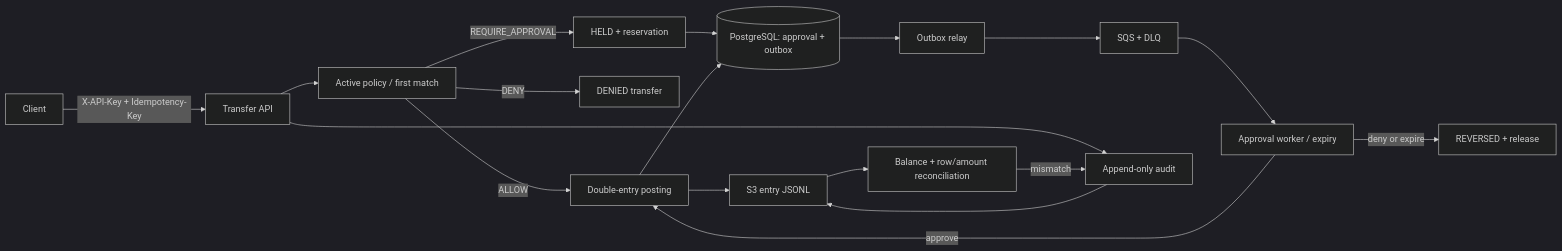
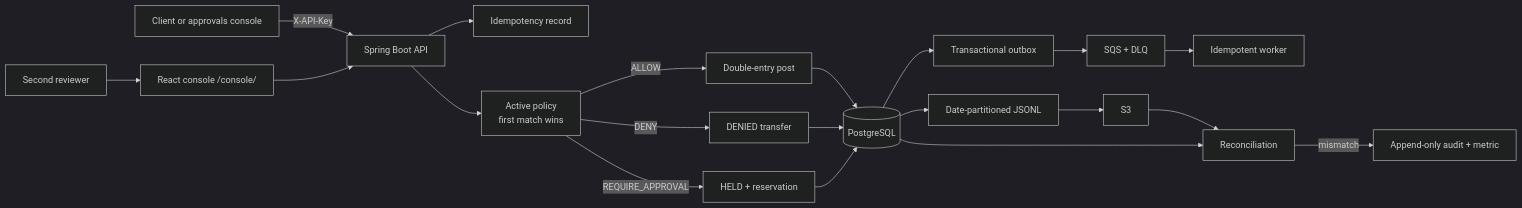
One commit to Aly700/teller changed the diagram in README.md. Above: the diagram before and after it, drawn with Mermaid (dark theme). The commit also changed other lines of this file and 51 other files, not shown here.

Commit message:
console: approvals console served from /console; teller cdk stacks, metrics, k6 transfers, case-study readme; simulated-scope framing

````diff
--- a/README.md
+++ b/README.md
@@ -15,20 +16,22 @@
 ```mermaid
 flowchart LR
-    Client -->|X-API-Key + Idempotency-Key| API[Transfer API]
-    API --> Gate[Active policy / first match]
-    Gate -->|ALLOW| Ledger[Double-entry posting]
+    Client[Client or approvals console] -->|X-API-Key| API[Spring Boot API]
+    API --> Idem[Idempotency record]
+    API --> Gate[Active policy<br/>first match wins]
+    Gate -->|ALLOW| Post[Double-entry post]
     Gate -->|DENY| Denied[DENIED transfer]
     Gate -->|REQUIRE_APPROVAL| Hold[HELD + reservation]
-    Hold --> DB[(PostgreSQL: approval + outbox)]
-    DB --> Relay[Outbox relay]
-    Relay --> SQS[SQS + DLQ]
-    SQS --> Approval[Approval worker / expiry]
-    Approval -->|approve| Ledger
-    Approval -->|deny or expire| Released[REVERSED + release]
-    Ledger --> DB
-    API --> Audit[Append-only audit]
-    Ledger --> Export[S3 entry JSONL]
-    Audit --> Export
-    Export --> Reconcile[Balance + row/amount reconciliation]
-    Reconcile -->|mismatch| Audit
+    Post --> DB[(PostgreSQL)]
+    Denied --> DB
+    Hold --> DB
+    DB --> Outbox[Transactional outbox]
+    Outbox --> SQS[SQS + DLQ]
+    SQS --> Worker[Idempotent worker]
+    Reviewer[Second reviewer] --> Console[React console /console/]
+    Console --> API
+    DB --> Export[Date-partitioned JSONL]
+    Export --> S3[S3]
+    S3 --> Reconcile[Reconciliation]
+    DB --> Reconcile
+    Reconcile -->|mismatch| Audit[Append-only audit + metric]
 ```
````
